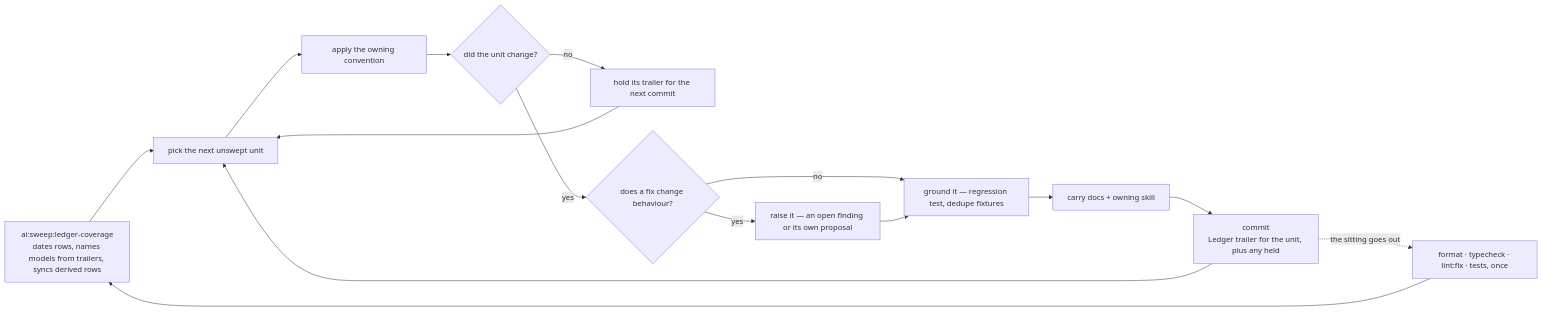
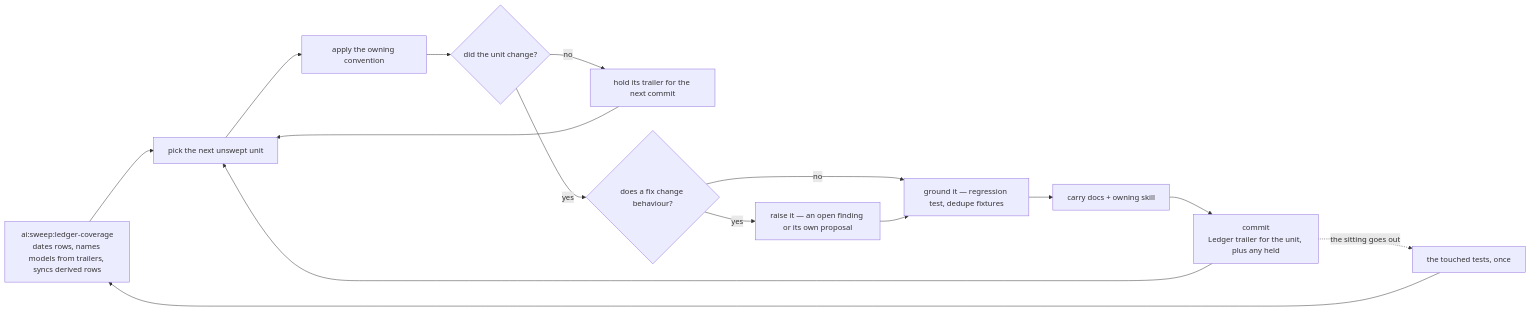
One commit to Esposter/Esposter changed the diagram in .agents/skills/sweeps/references/one-pass.md. Above: the diagram before and after it, drawn with Mermaid. The commit also changed other lines of this file and 18 other files, not shown here.

First line of the commit message:
docs(agents): every check is CI's but the tests of what a change touched

````diff
--- a/.agents/skills/sweeps/references/one-pass.md
+++ b/.agents/skills/sweeps/references/one-pass.md
@@ -5,17 +5,17 @@
 ```mermaid
 flowchart LR
   COVER["ai:sweep:ledger-coverage<br/>dates rows, names models from trailers, syncs derived rows"] --> PICK["pick the next unswept unit"]
   PICK --> APPLY["apply the owning convention"]
   APPLY --> CHANGED{"did the unit change?"}
   CHANGED -->|"no"| HOLD["hold its trailer for the next commit"]
   HOLD --> PICK
   CHANGED -->|"yes"| GATE{"does a fix change behaviour?"}
   GATE -->|"yes"| RAISE["raise it — an open finding or its own proposal"]
   GATE -->|"no"| TESTS["ground it — regression test, dedupe fixtures"]
   RAISE --> TESTS
   TESTS --> CARRY["carry docs + owning skill"]
   CARRY --> TICK["commit<br/>Ledger trailer for the unit, plus any held"]
   TICK --> PICK
-  TICK -.->|"the sitting goes out"| CHECK["format · typecheck · lint:fix · tests, once"]
+  TICK -.->|"the sitting goes out"| CHECK["the touched tests, once"]
   CHECK --> COVER
 ```
````
